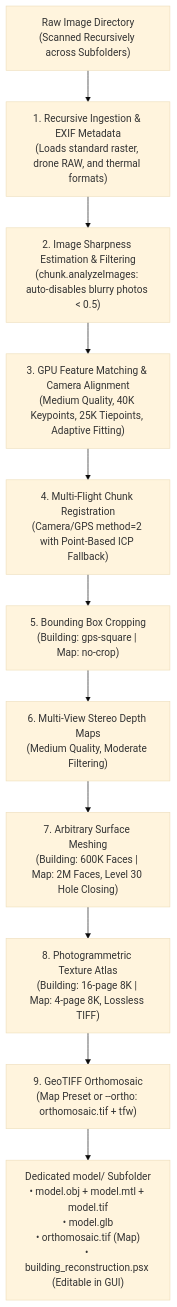
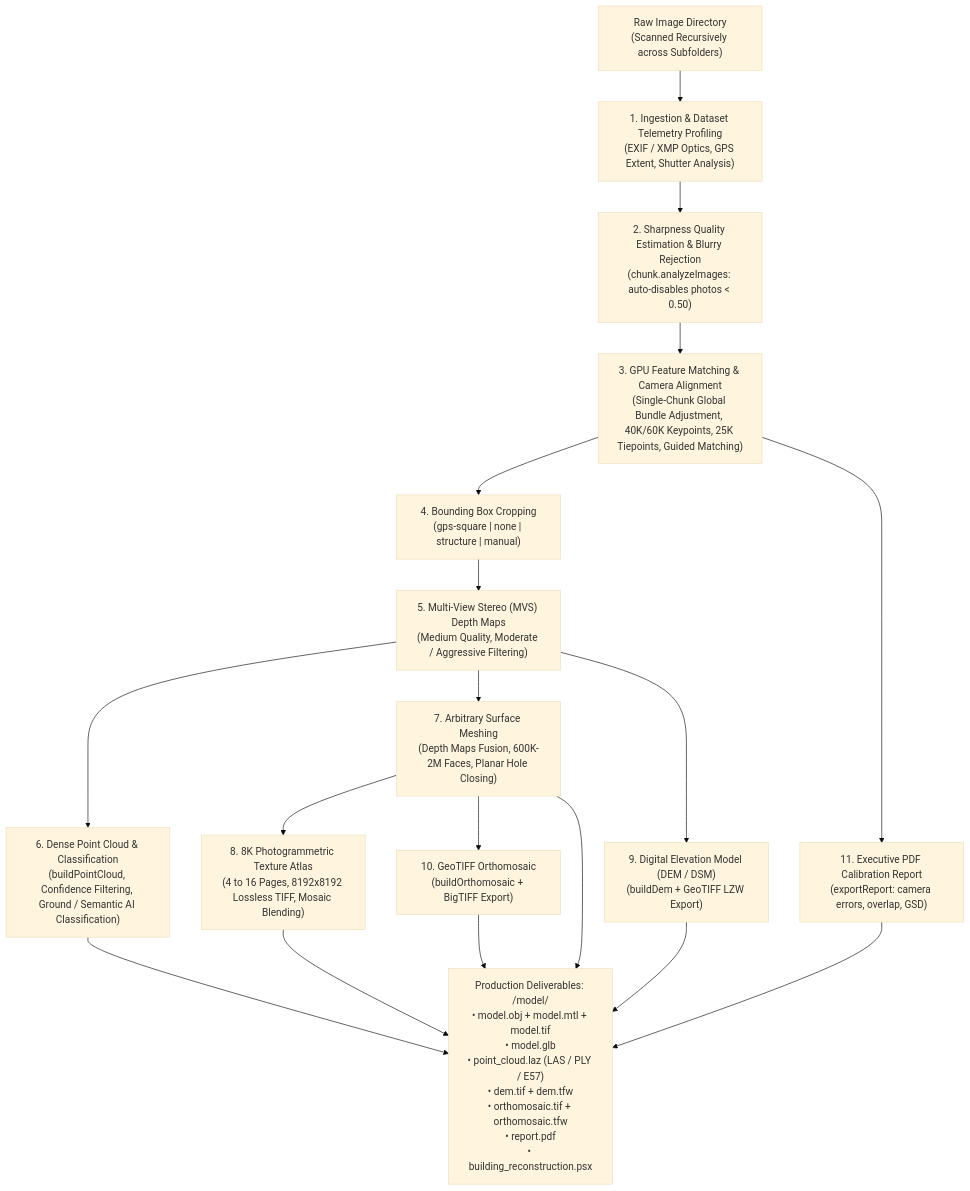
Before and after one commit to ngviettam82/AutoMetashape: the diagram in skills/user/image-to-3d-model/SKILL.md, drawn with Mermaid (base theme). The commit also changed other lines of this file and 7 other files, not shown here.

First line of the commit message:
feat: Add autonomous survey parameter inference, dense point cloud, DEM, and PDF reporting

````diff
--- a/skills/user/image-to-3d-model/SKILL.md
+++ b/skills/user/image-to-3d-model/SKILL.md
@@ -36,13 +39,20 @@
 ```mermaid
 flowchart TD
-    A["Raw Image Directory<br/>(Scanned Recursively across Subfolders)"] --> B["1. Recursive Ingestion & EXIF Metadata<br/>(Loads standard raster, drone RAW, and thermal formats)"]
-    B --> C["2. Image Sharpness Estimation & Filtering<br/>(chunk.analyzeImages: auto-disables blurry photos < 0.5)"]
-    C --> D["3. GPU Feature Matching & Camera Alignment<br/>(Medium Quality, 40K Keypoints, 25K Tiepoints, Adaptive Fitting)"]
-    D --> E["4. Multi-Flight Chunk Registration<br/>(Camera/GPS method=2 with Point-Based ICP Fallback)"]
-    E --> F["5. Bounding Box Cropping<br/>(Building: gps-square | Map: no-crop)"]
-    F --> G["6. Multi-View Stereo Depth Maps<br/>(Medium Quality, Moderate Filtering)"]
-    G --> H["7. Arbitrary Surface Meshing<br/>(Building: 600K Faces | Map: 2M Faces, Level 30 Hole Closing)"]
-    H --> I["8. Photogrammetric Texture Atlas<br/>(Building: 16-page 8K | Map: 4-page 8K, Lossless TIFF)"]
-    I --> J["9. GeoTIFF Orthomosaic<br/>(Map Preset or --ortho: orthomosaic.tif + tfw)"]
-    J --> K["Dedicated model/ Subfolder<br/>• model.obj + model.mtl + model.tif<br/>• model.glb<br/>• orthomosaic.tif (Map)<br/>• building_reconstruction.psx (Editable in GUI)"]
+    A["Raw Image Directory<br/>(Scanned Recursively across Subfolders)"] --> B["1. Ingestion & Dataset Telemetry Profiling<br/>(EXIF / XMP Optics, GPS Extent, Shutter Analysis)"]
+    B --> C["2. Sharpness Quality Estimation & Blurry Rejection<br/>(chunk.analyzeImages: auto-disables photos < 0.50)"]
+    C --> D["3. GPU Feature Matching & Camera Alignment<br/>(Single-Chunk Global Bundle Adjustment, 40K/60K Keypoints, 25K Tiepoints, Guided Matching)"]
+    D --> E["4. Bounding Box Cropping<br/>(gps-square | none | structure | manual)"]
+    E --> F["5. Multi-View Stereo (MVS) Depth Maps<br/>(Medium Quality, Moderate / Aggressive Filtering)"]
+    F --> G["6. Dense Point Cloud & Classification<br/>(buildPointCloud, Confidence Filtering, Ground / Semantic AI Classification)"]
+    F --> H["7. Arbitrary Surface Meshing<br/>(Depth Maps Fusion, 600K-2M Faces, Planar Hole Closing)"]
+    H --> I["8. 8K Photogrammetric Texture Atlas<br/>(4 to 16 Pages, 8192x8192 Lossless TIFF, Mosaic Blending)"]
+    F --> J["9. Digital Elevation Model (DEM / DSM)<br/>(buildDem + GeoTIFF LZW Export)"]
+    H --> K["10. GeoTIFF Orthomosaic<br/>(buildOrthomosaic + BigTIFF Export)"]
+    D --> L["11. Executive PDF Calibration Report<br/>(exportReport: camera errors, overlap, GSD)"]
+    G --> M["Production Deliverables: <images_dir>/model/<br/>• model.obj + model.mtl + model.tif<br/>• model.glb<br/>• point_cloud.laz (LAS / PLY / E57)<br/>• dem.tif + dem.tfw<br/>• orthomosaic.tif + orthomosaic.tfw<br/>• report.pdf<br/>• building_reconstruction.psx"]
+    H --> M
+    I --> M
+    J --> M
+    K --> M
+    L --> M
 ```
````
